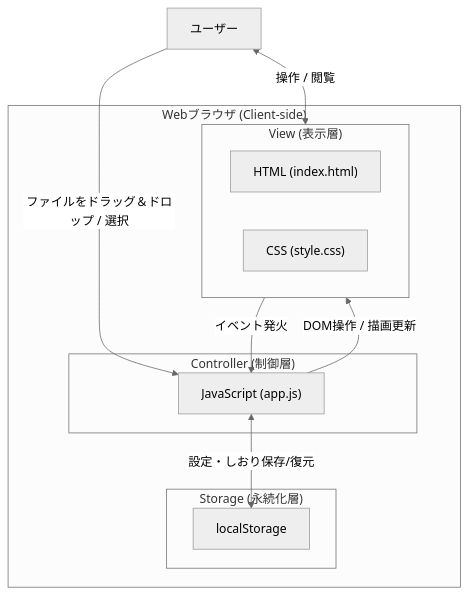
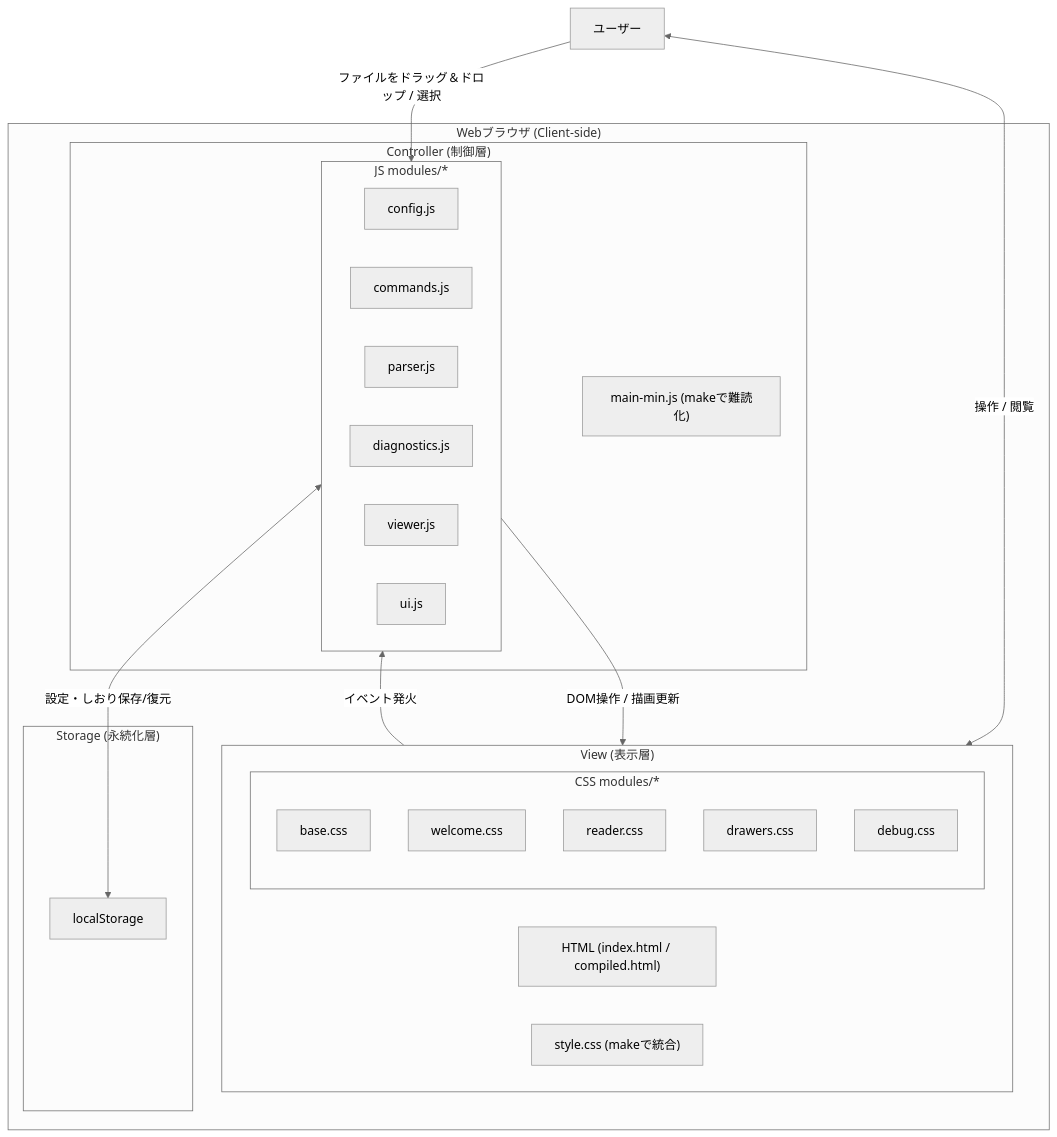
One commit to rokujyouhitoma/yuzora changed the first of 4 diagrams in docs/DSN-01-high_level_design.md. Above: the diagram before and after it, drawn with Mermaid (neutral theme). The commit also changed other lines of this file and 19 other files, not shown here.

````diff
--- a/docs/DSN-01-high_level_design.md
+++ b/docs/DSN-01-high_level_design.md
@@ -13,23 +13,38 @@
 ```mermaid
 graph TD
     subgraph Browser["Webブラウザ (Client-side)"]
         subgraph View["View (表示層)"]
-            HTML["HTML (index.html)"]
-            CSS["CSS (style.css)"]
+            HTML["HTML (index.html / compiled.html)"]
+            subgraph CSSModules["CSS modules/*"]
+                CSS_Base["base.css"]
+                CSS_Welcome["welcome.css"]
+                CSS_Reader["reader.css"]
+                CSS_Drawers["drawers.css"]
+                CSS_Debug["debug.css"]
+            end
+            CSS_Bundle["style.css (makeで統合)"]
         end
         
         subgraph Controller["Controller (制御層)"]
-            JS["JavaScript (app.js)"]
+            subgraph JSModules["JS modules/*"]
+                JS_Config["config.js"]
+                JS_Cmds["commands.js"]
+                JS_Parser["parser.js"]
+                JS_Diag["diagnostics.js"]
+                JS_Viewer["viewer.js"]
+                JS_UI["ui.js"]
+            end
+            JS_Bundle["main-min.js (makeで難読化)"]
         end
         
         subgraph Storage["Storage (永続化層)"]
             LocalStorage["localStorage"]
         end
     end
     
     User["ユーザー"] <-->|"操作 / 閲覧"| View
-    View -->|"イベント発火"| JS
-    JS -->|"DOM操作 / 描画更新"| View
-    JS <-->|"設定・しおり保存/復元"| LocalStorage
-    User -->|"ファイルをドラッグ＆ドロップ / 選択"| JS
+    View -->|"イベント発火"| JSModules
+    JSModules -->|"DOM操作 / 描画更新"| View
+    JSModules <-->|"設定・しおり保存/復元"| LocalStorage
+    User -->|"ファイルをドラッグ＆ドロップ / 選択"| JSModules
 ```
````
